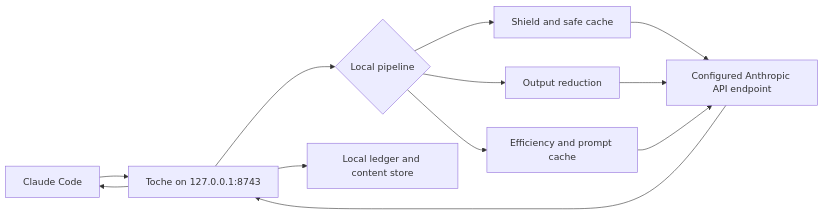
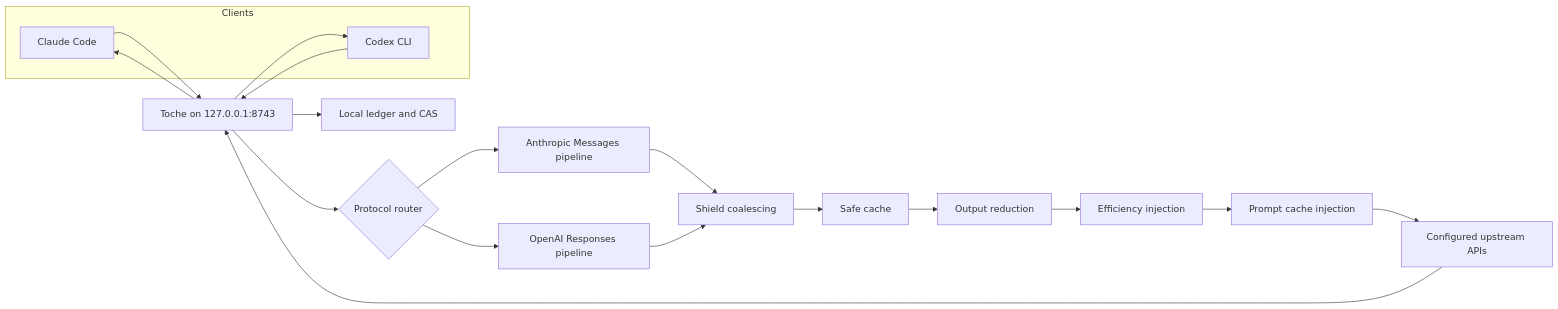
The diagram in README.md (nzkbuild/toche), drawn with Mermaid before and after one commit. The commit also changed other lines of this file and 5 other files, not shown here.

````diff
--- a/README.md
+++ b/README.md
@@ -152,14 +129,23 @@
 ```mermaid
 flowchart LR
-    A[Claude Code] --> B[Toche on 127.0.0.1:8743]
-    B --> C{Local pipeline}
-    C --> D[Shield and safe cache]
-    C --> E[Output reduction]
-    C --> F[Efficiency and prompt cache]
-    D --> G[Configured Anthropic API endpoint]
-    E --> G
+    subgraph Clients
+        A[Claude Code]
+        B[Codex CLI]
+    end
+    A --> C[Toche on 127.0.0.1:8743]
+    B --> C
+    C --> D{Protocol router}
+    D --> E[Anthropic Messages pipeline]
+    D --> F[OpenAI Responses pipeline]
+    E --> G[Shield coalescing]
     F --> G
-    G --> B
-    B --> H[Local ledger and content store]
-    B --> A
+    G --> H[Safe cache]
+    H --> I[Output reduction]
+    I --> J[Efficiency injection]
+    J --> K[Prompt cache injection]
+    K --> L[Configured upstream APIs]
+    L --> C
+    C --> M[Local ledger and CAS]
+    C --> A
+    C --> B
 ```
````
